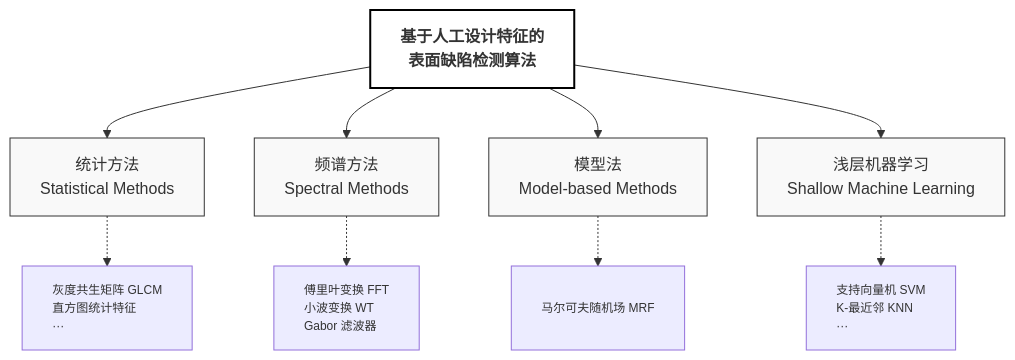
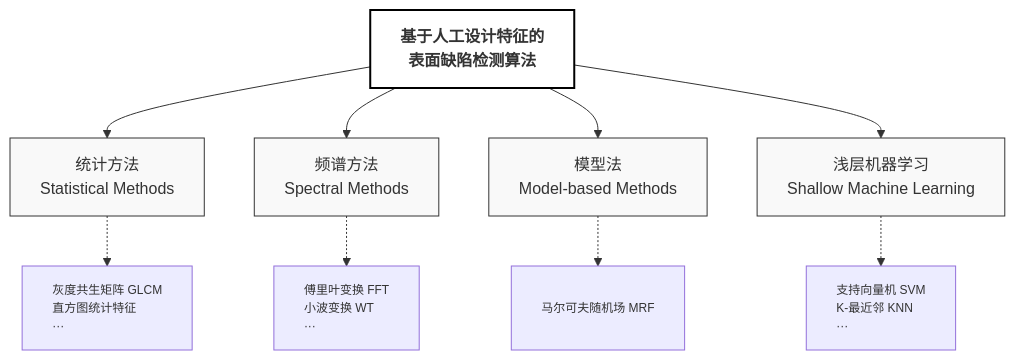
Before and after one commit to MAOSHENGsong/iodraw-files: the diagram in all/未命名-1.md, drawn with Mermaid.

Commit message:
2026-03-17 18:29:01 update

````diff
--- a/all/未命名-1.md
+++ b/all/未命名-1.md
@@ -1,43 +1,43 @@
 ```mermaid
 graph TB
     %% 核心标题
     Main[
     基于人工设计特征的
     表面缺陷检测算法] 
     
     %% 第一层级：四大分支
     Statistical[统计方法<br/>Statistical Methods]
     Spectral[频谱方法<br/>Spectral Methods]
     Model[模型法<br/>Model-based Methods]
     Machine[浅层机器学习<br/>Shallow Machine Learning]
 
     %% 第二层级：典型算法
     Sub_Stat[灰度共生矩阵 GLCM<br/>直方图统计特征<br/>···]
-    Sub_Spec[傅里叶变换 FFT<br/>小波变换 WT<br/>Gabor 滤波器]
+    Sub_Spec[傅里叶变换 FFT<br/>小波变换 WT<br/>···]
     Sub_Mod[<br/>马尔可夫随机场 MRF<br/><br/>]
     Sub_Mach[支持向量机 SVM<br/>K-最近邻 KNN<br/>···]
 
     %% 建立连接
     Main --> Statistical
     Main --> Spectral
     Main --> Model
     Main --> Machine
 
     Statistical -.-> Sub_Stat
     Spectral -.-> Sub_Spec
     Model -.-> Sub_Mod
     Machine -.-> Sub_Mach
 
     %% 样式美化：论文通常使用白底黑字或淡色调
     style Main fill:#ffffff,stroke:#000,stroke-width:2px,font-weight:bold
     style Statistical fill:#f9f9f9,stroke:#333,stroke-width:1px
     style Spectral fill:#f9f9f9,stroke:#333,stroke-width:1px
     style Model fill:#f9f9f9,stroke:#333,stroke-width:1px
     style Machine fill:#f9f9f9,stroke:#333,stroke-width:1px
     
     %% 细化子项样式
     style Sub_Stat font-size:12px,text-align:left
     style Sub_Spec font-size:12px,text-align:left
     style Sub_Mod font-size:12px,text-align:left
     style Sub_Mach font-size:12px,text-align:left
 ```
````
